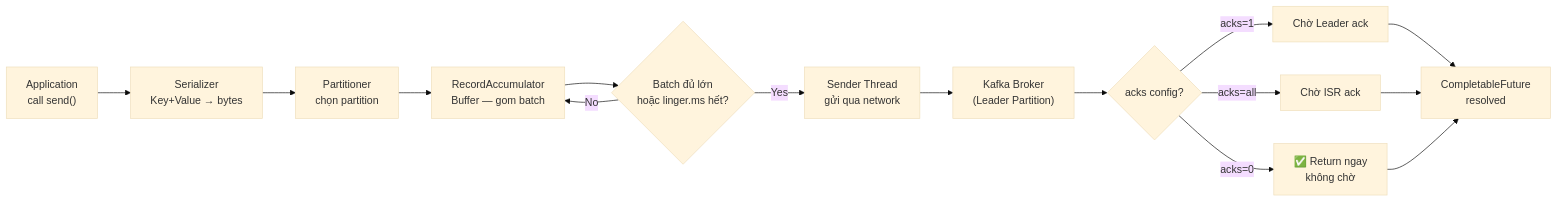
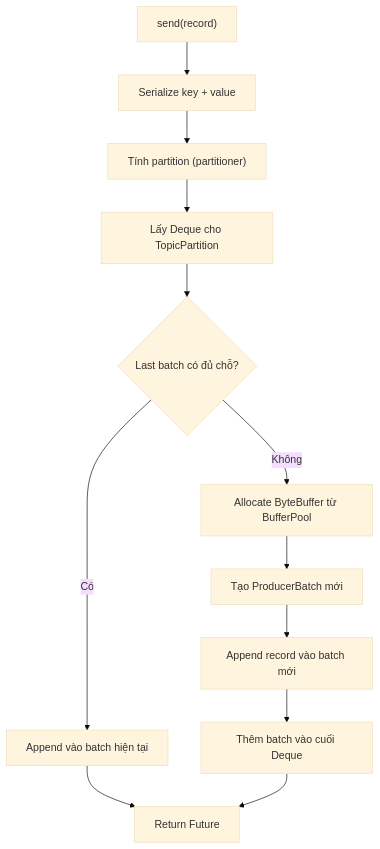
One commit to vanhiep99w/kafka-learn changed the first of 2 diagrams in content/docs/core-concepts/producers.md. Above: the diagram before and after it, drawn with Mermaid (base theme). The commit also changed other lines of this file and 9 other files, not shown here.

````diff
--- a/content/docs/core-concepts/producers.md
+++ b/content/docs/core-concepts/producers.md
@@ -48,17 +101,14 @@
 ```mermaid
-flowchart LR
-    A["Application\ncall send()"] --> B["Serializer\nKey+Value → bytes"]
-    B --> C["Partitioner\nchọn partition"]
-    C --> D["RecordAccumulator\nBuffer — gom batch"]
-    D --> E{Batch đủ lớn\nhoặc linger.ms hết?}
-    E -->|Yes| F["Sender Thread\ngửi qua network"]
-    E -->|No| D
-    F --> G["Kafka Broker\n(Leader Partition)"]
-    G --> H{acks config?}
-    H -->|acks=0| I["✅ Return ngay\nkhông chờ"]
-    H -->|acks=1| J["Chờ Leader ack"]
-    H -->|acks=all| K["Chờ ISR ack"]
-    J --> L["CompletableFuture\nresolved"]
-    K --> L
-    I --> L
+flowchart TD
+    A["send(record)"] --> B["Serialize key + value"]
+    B --> C["Tính partition (partitioner)"]
+    C --> D["Lấy Deque cho TopicPartition"]
+    D --> E{"Last batch có đủ chỗ?"}
+    E -->|Có| F["Append vào batch hiện tại"]
+    E -->|Không| G["Allocate ByteBuffer từ BufferPool"]
+    G --> H["Tạo ProducerBatch mới"]
+    H --> I["Append record vào batch mới"]
+    I --> J["Thêm batch vào cuối Deque"]
+    F --> K["Return Future<RecordMetadata>"]
+    J --> K
 ```
````
